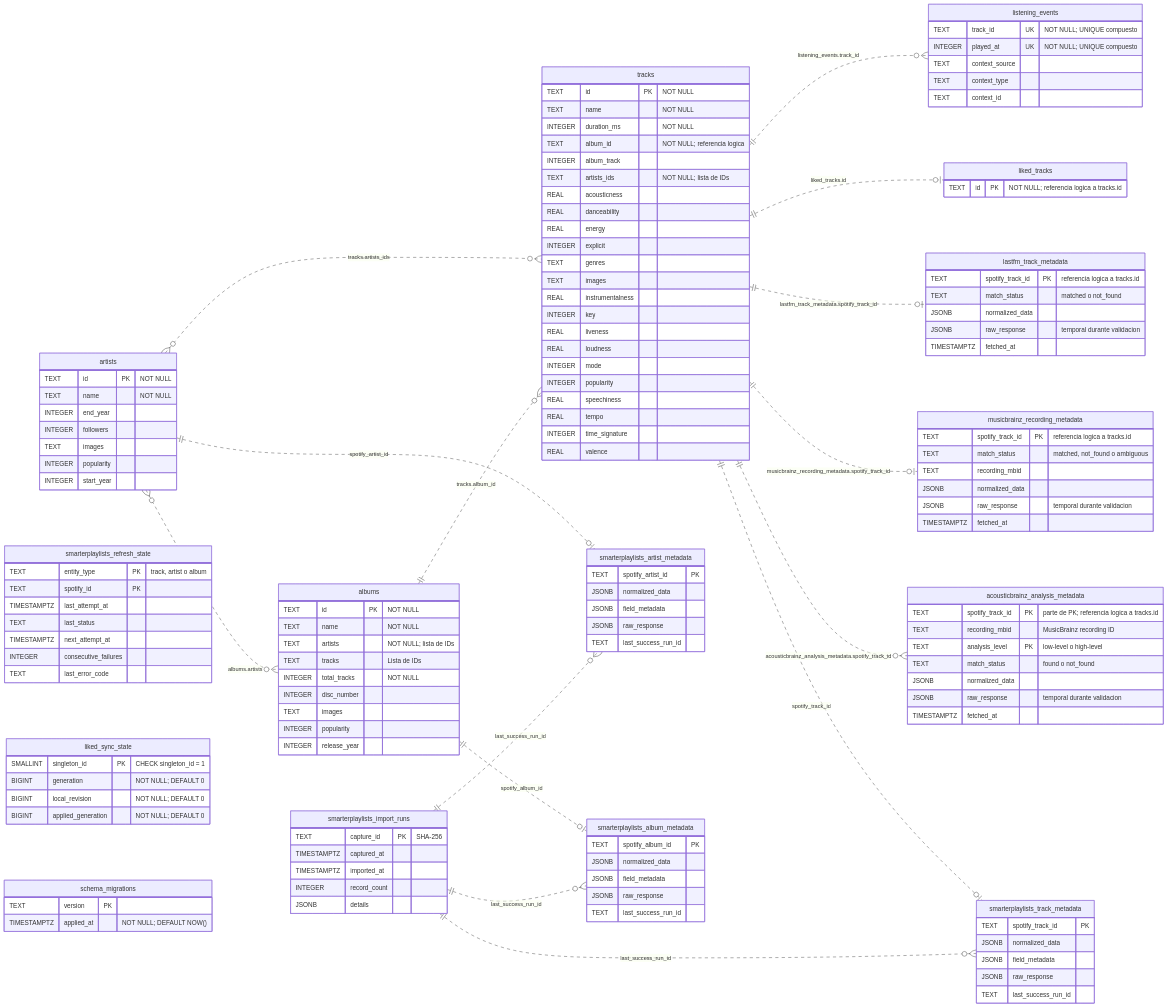
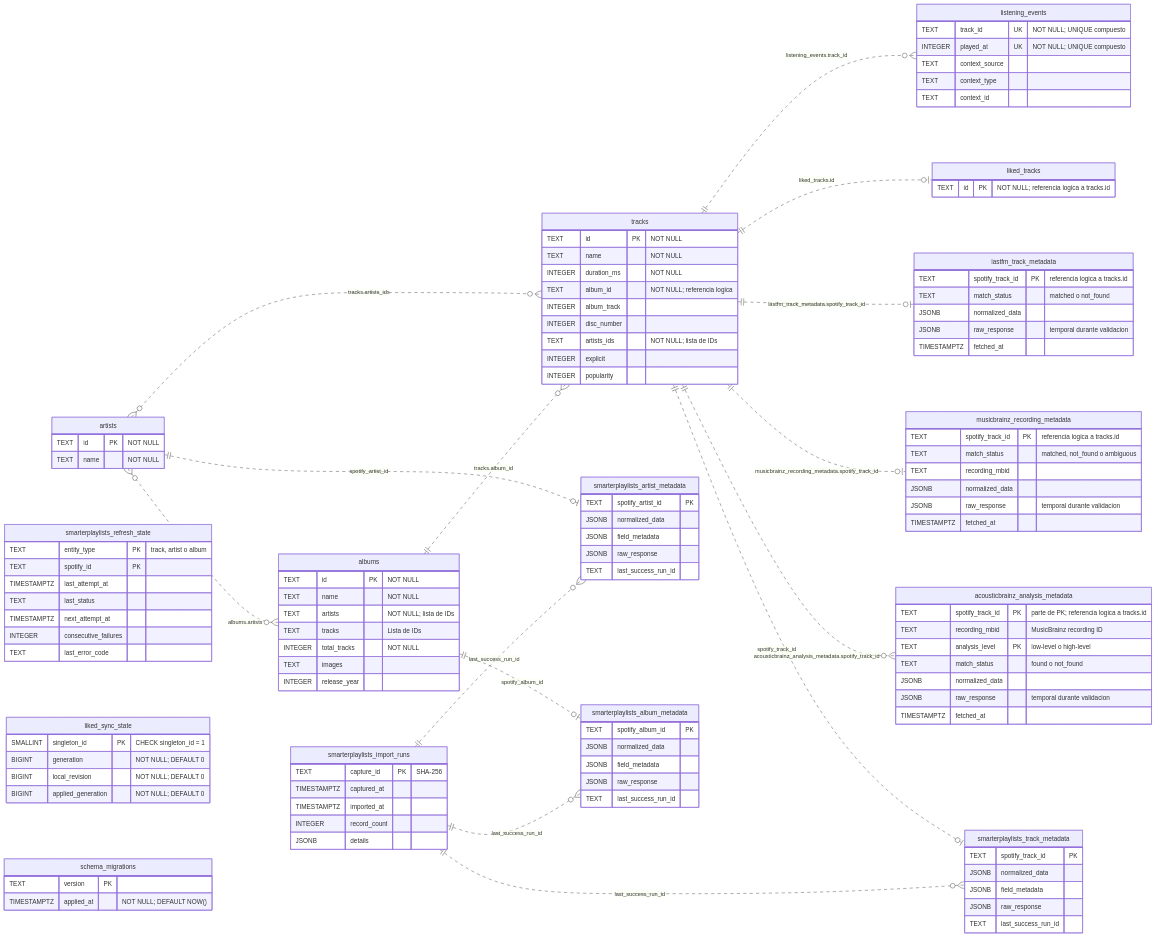
One commit to luiscaballeroramos/spoty changed the diagram in DATABASE_SCHEMA.md. Above: the diagram before and after it, drawn with Mermaid. The commit also changed other lines of this file and 11 other files, not shown here.

```diff
--- a/DATABASE_SCHEMA.md
+++ b/DATABASE_SCHEMA.md
@@ -18,11 +18,6 @@
     artists {
         TEXT id PK "NOT NULL"
         TEXT name "NOT NULL"
-        INTEGER end_year
-        INTEGER followers
-        TEXT images
-        INTEGER popularity
-        INTEGER start_year
     }
 
     albums {
@@ -31,9 +26,7 @@
         TEXT artists "NOT NULL; lista de IDs"
         TEXT tracks "Lista de IDs"
         INTEGER total_tracks "NOT NULL"
-        INTEGER disc_number
         TEXT images
-        INTEGER popularity
         INTEGER release_year
     }
 
@@ -43,23 +36,10 @@
         INTEGER duration_ms "NOT NULL"
         TEXT album_id "NOT NULL; referencia logica"
         INTEGER album_track
+        INTEGER disc_number
         TEXT artists_ids "NOT NULL; lista de IDs"
-        REAL acousticness
-        REAL danceability
-        REAL energy
         INTEGER explicit
-        TEXT genres
-        TEXT images
-        REAL instrumentalness
-        INTEGER key
-        REAL liveness
-        REAL loudness
-        INTEGER mode
         INTEGER popularity
-        REAL speechiness
-        REAL tempo
-        INTEGER time_signature
-        REAL valence
     }
 
       lastfm_track_metadata {
```
